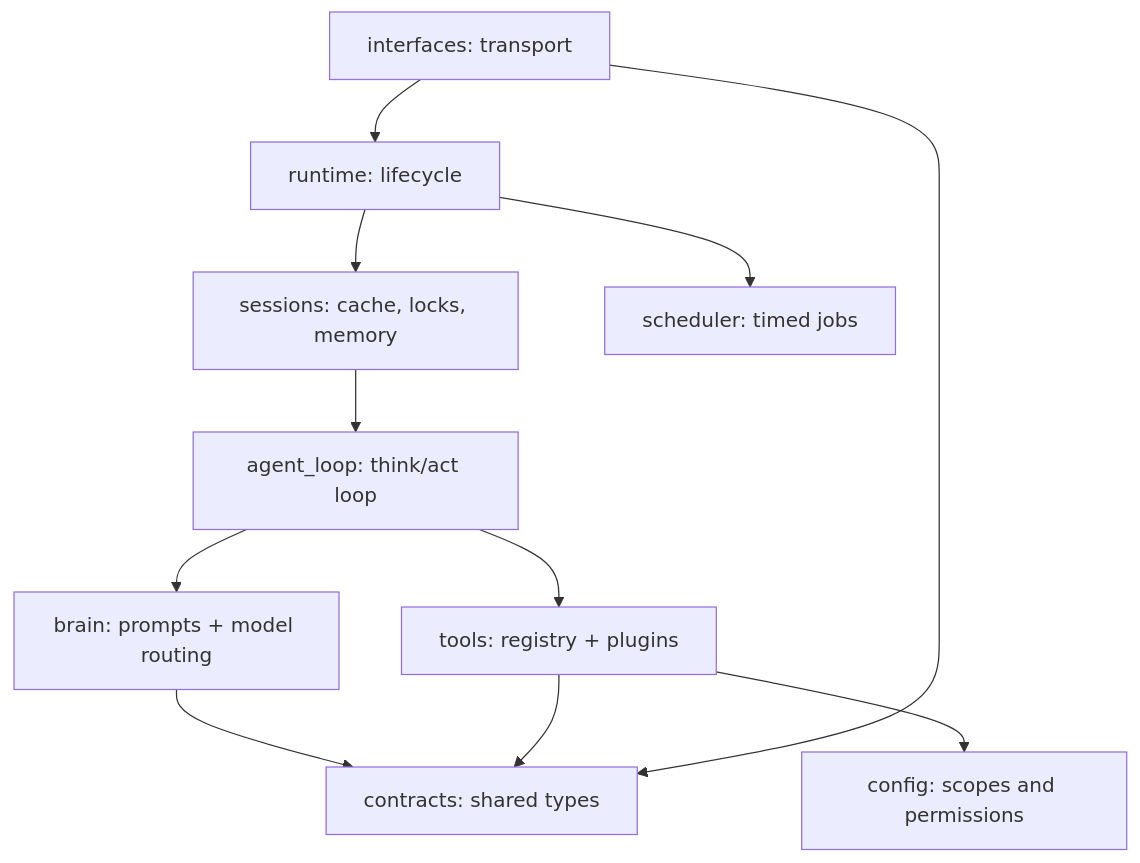
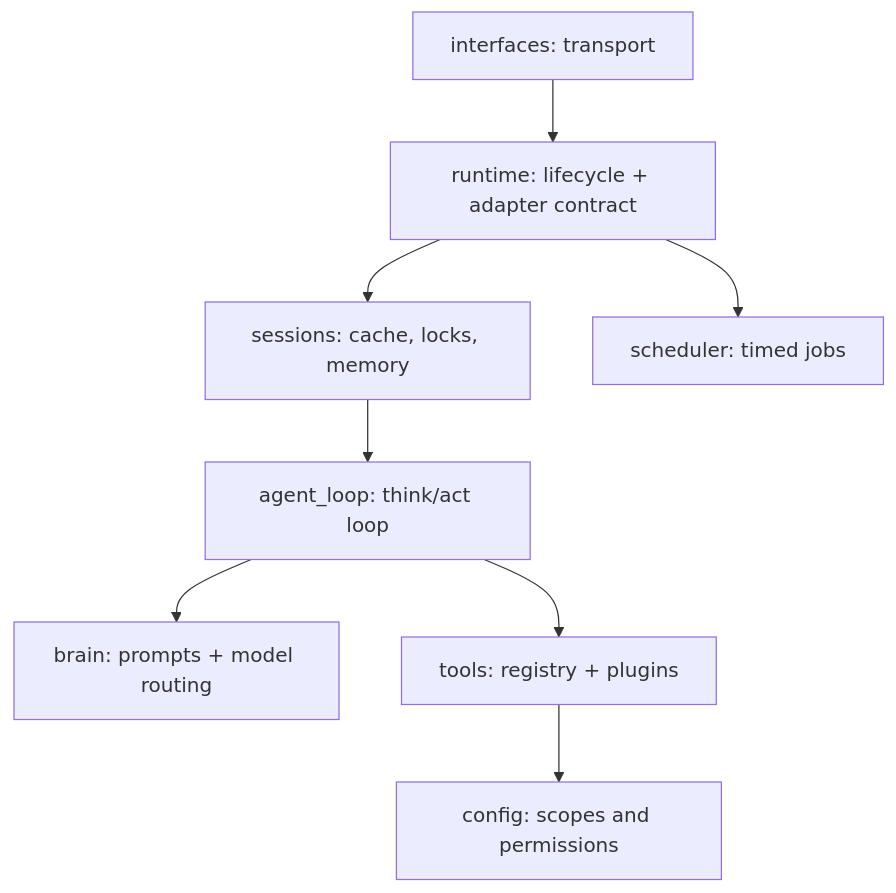
Before and after one commit to chnynf/errand: the diagram in README.md, drawn with Mermaid. The commit also changed other lines of this file and 21 other files, not shown here.

Commit message:
Refactor component contracts by consolidating shared types into a new `wire_types` module, removing the deprecated `contracts` module. Update references across the codebase to ensure compatibility with the new structure.

````diff
--- a/README.md
+++ b/README.md
@@ -403,13 +403,10 @@
 ```mermaid
 flowchart TD
-    Interfaces["interfaces: transport"] --> Runtime["runtime: lifecycle"]
+    Interfaces["interfaces: transport"] --> Runtime["runtime: lifecycle + adapter contract"]
     Runtime --> Sessions["sessions: cache, locks, memory"]
     Sessions --> Loop["agent_loop: think/act loop"]
     Loop --> Brain["brain: prompts + model routing"]
     Loop --> Tools["tools: registry + plugins"]
     Tools --> Config["config: scopes and permissions"]
     Runtime --> Scheduler["scheduler: timed jobs"]
-    Brain --> Contracts["contracts: shared types"]
-    Tools --> Contracts
-    Interfaces --> Contracts
 ```
````
